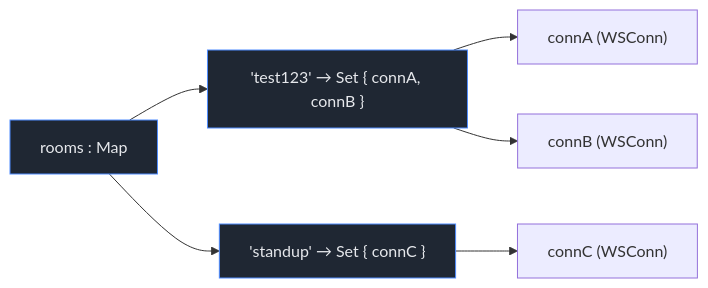
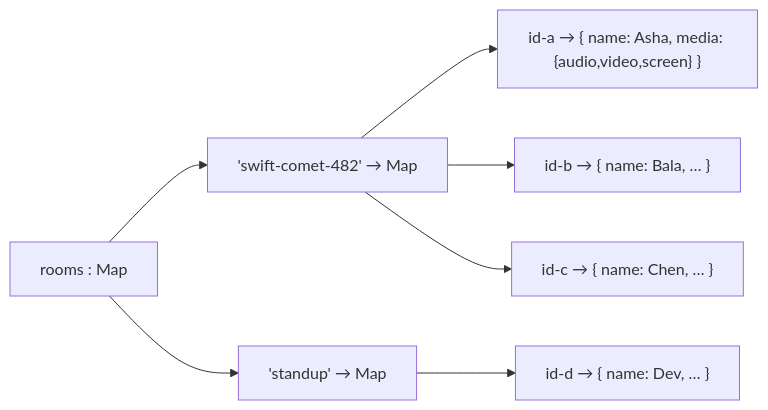
The seventh of 7 diagrams in ARCHITECTURE.md (HarishVerma-UI/video-call-app), drawn with Mermaid before and after one commit. The commit also changed other lines of this file and 57 other files, not shown here.

````diff
--- a/ARCHITECTURE.md
+++ b/ARCHITECTURE.md
@@ -186,12 +220,10 @@
 ```mermaid
 flowchart LR
   ROOMS["rooms : Map"]
-  ROOMS --> R1["'test123' → Set { connA, connB }"]
-  ROOMS --> R2["'standup' → Set { connC }"]
-  R1 --> CA["connA (WSConn)"]
-  R1 --> CB["connB (WSConn)"]
-  R2 --> CC["connC (WSConn)"]
-
-  classDef s fill:#1f2733,stroke:#4f8cff,color:#e6e8ec;
-  class ROOMS,R1,R2 s;
+  ROOMS --> R1["'swift-comet-482' → Map"]
+  ROOMS --> R2["'standup' → Map"]
+  R1 --> A["id-a → { name: Asha, media: {audio,video,screen} }"]
+  R1 --> B["id-b → { name: Bala, … }"]
+  R1 --> C["id-c → { name: Chen, … }"]
+  R2 --> D["id-d → { name: Dev, … }"]
 ```
````
